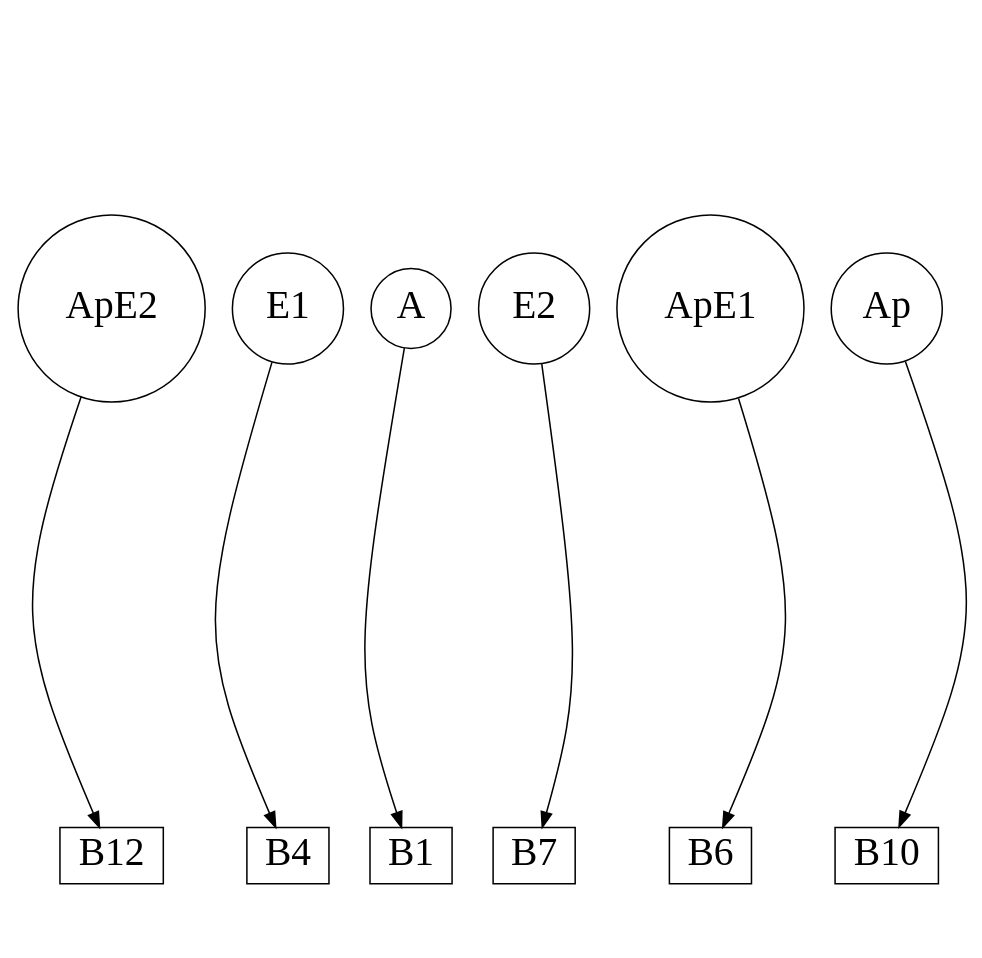
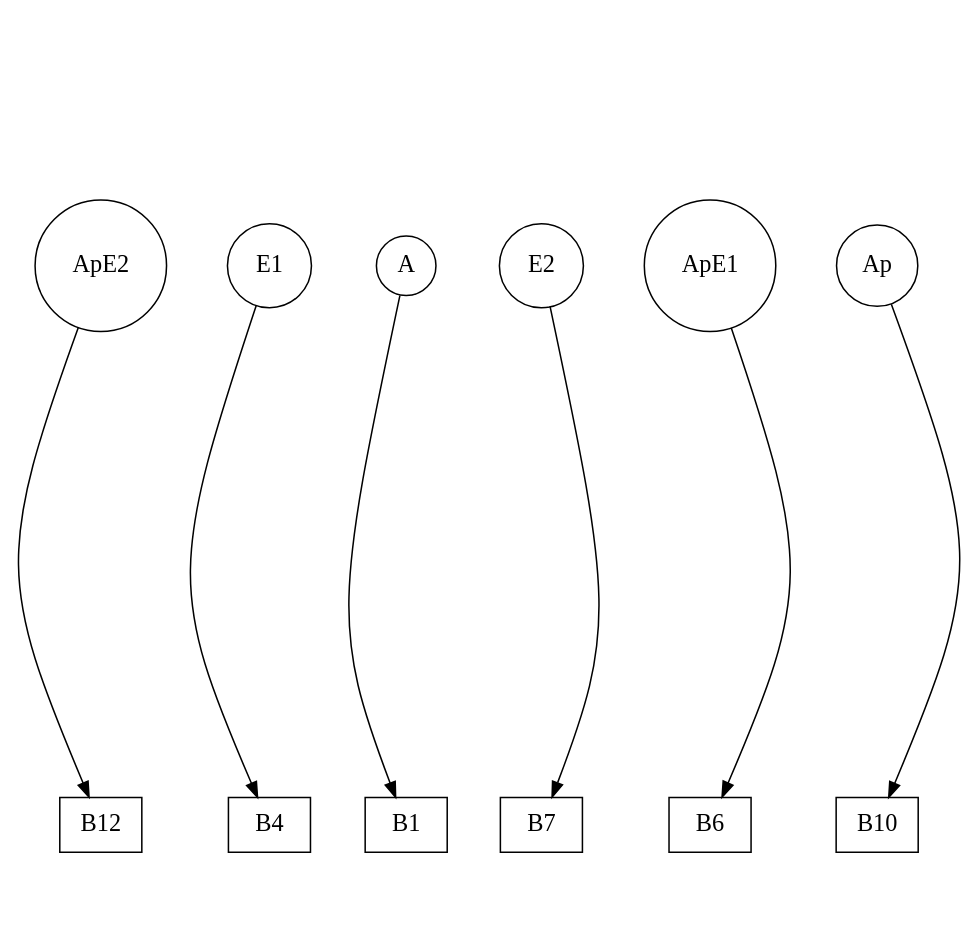
The diagram in single_layer_mapk_system/order_6/single_layer_mapk_mechanism_order_6_frag_8_sg_0.dot (gratelpy/gratelpy-supplementary-information), drawn with Graphviz before and after one commit. The commit also changed 77 other files, not shown here.

```diff
--- a/single_layer_mapk_system/order_6/single_layer_mapk_mechanism_order_6_frag_8_sg_0.dot
+++ b/single_layer_mapk_system/order_6/single_layer_mapk_mechanism_order_6_frag_8_sg_0.dot
@@ -1,25 +1,25 @@
 strict digraph G {
 remincross="true";
 ratio="fill";
 splines="curved";
 overlap="true";
 size="8.3,8.3";
-ApE2 [shape="circle", fontsize=26, pos="50.0,80.0!"];
-E1 [shape="circle", fontsize=26, pos="160.0,200.0!"];
-A [shape="circle", fontsize=26, pos="0.0,120.0!"];
-E2 [shape="circle", fontsize=26, pos="140.0,40.0!"];
-B12 [shape="box", fontsize=26, pos="0.0,60.0!"];
-ApE1 [shape="circle", fontsize=26, pos="260.0,128.0!"];
-B10 [shape="box", fontsize=26, pos="110.0,90.0!"];
-B7 [shape="box", fontsize=26, pos="300.0,90.0!"];
-B6 [shape="box", fontsize=26, pos="320.0,160.0!"];
-B4 [shape="box", fontsize=26, pos="220.0,170.0!"];
-B1 [shape="box", fontsize=26, pos="0.0,200.0!"];
-Ap [shape="circle", fontsize=26, pos="160.0,160.0!"];
+ApE2 [shape="circle", fontsize=16, pos="50.0,80.0!"];
+E1 [shape="circle", fontsize=16, pos="160.0,200.0!"];
+A [shape="circle", fontsize=16, pos="0.0,120.0!"];
+E2 [shape="circle", fontsize=16, pos="140.0,40.0!"];
+B12 [shape="box", fontsize=16, pos="0.0,60.0!"];
+ApE1 [shape="circle", fontsize=16, pos="260.0,128.0!"];
+B10 [shape="box", fontsize=16, pos="110.0,90.0!"];
+B7 [shape="box", fontsize=16, pos="300.0,90.0!"];
+B6 [shape="box", fontsize=16, pos="320.0,160.0!"];
+B4 [shape="box", fontsize=16, pos="220.0,170.0!"];
+B1 [shape="box", fontsize=16, pos="0.0,200.0!"];
+Ap [shape="circle", fontsize=16, pos="160.0,160.0!"];
 ApE1 -> B6;
 A -> B1;
 ApE2 -> B12;
 E2 -> B7;
 E1 -> B4;
 Ap -> B10;
 }
```
